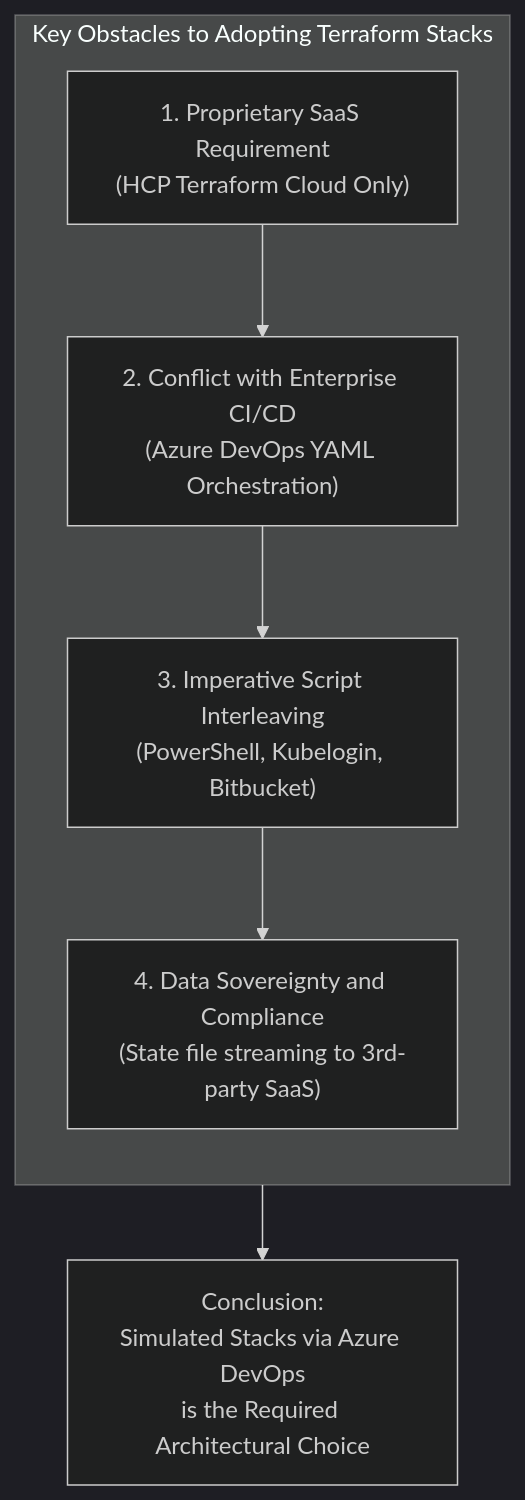
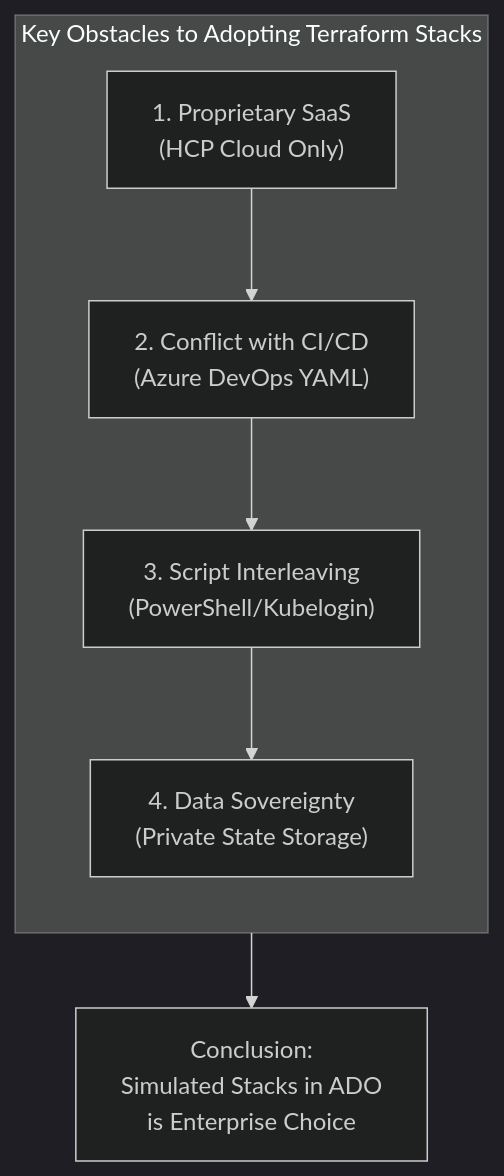
The second of 2 diagrams in docs/113-ARCHITECTURE_2026_AGENTIC.md (nubenetes/terraform-azure-devops-agentic), drawn with Mermaid (dark theme) before and after one commit. The commit also changed other lines of this file and 23 other files, not shown here.

Commit message:
docs: establish automated Mermaid validator and eliminate text clipping repo-wide

````diff
--- a/docs/113-ARCHITECTURE_2026_AGENTIC.md
+++ b/docs/113-ARCHITECTURE_2026_AGENTIC.md
@@ -94,12 +91,12 @@
 ```mermaid
 flowchart TB
     subgraph Reasons ["Key Obstacles to Adopting Terraform Stacks"]
         direction TB
-        R1["1. Proprietary SaaS Requirement<br/>(HCP Terraform Cloud Only)"]
-        R2["2. Conflict with Enterprise CI/CD<br/>(Azure DevOps YAML Orchestration)"]
-        R3["3. Imperative Script Interleaving<br/>(PowerShell, Kubelogin, Bitbucket)"]
-        R4["4. Data Sovereignty and Compliance<br/>(State file streaming to 3rd-party SaaS)"]
+        R1["1. Proprietary SaaS<br/>(HCP Cloud Only)"]
+        R2["2. Conflict with CI/CD<br/>(Azure DevOps YAML)"]
+        R3["3. Script Interleaving<br/>(PowerShell/Kubelogin)"]
+        R4["4. Data Sovereignty<br/>(Private State Storage)"]
         R1 --> R2 --> R3 --> R4
     end
-    Reasons --> Verdict["Conclusion:<br/>Simulated Stacks via Azure DevOps<br/>is the Required Architectural Choice"]
+    Reasons --> Verdict["Conclusion:<br/>Simulated Stacks in ADO<br/>is Enterprise Choice"]
 ```
````
